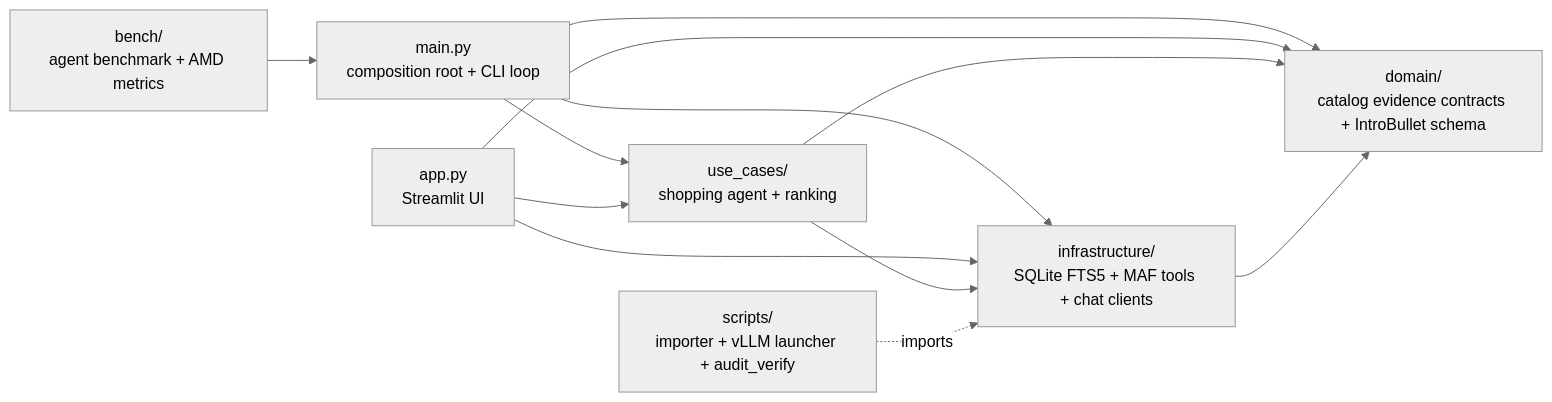
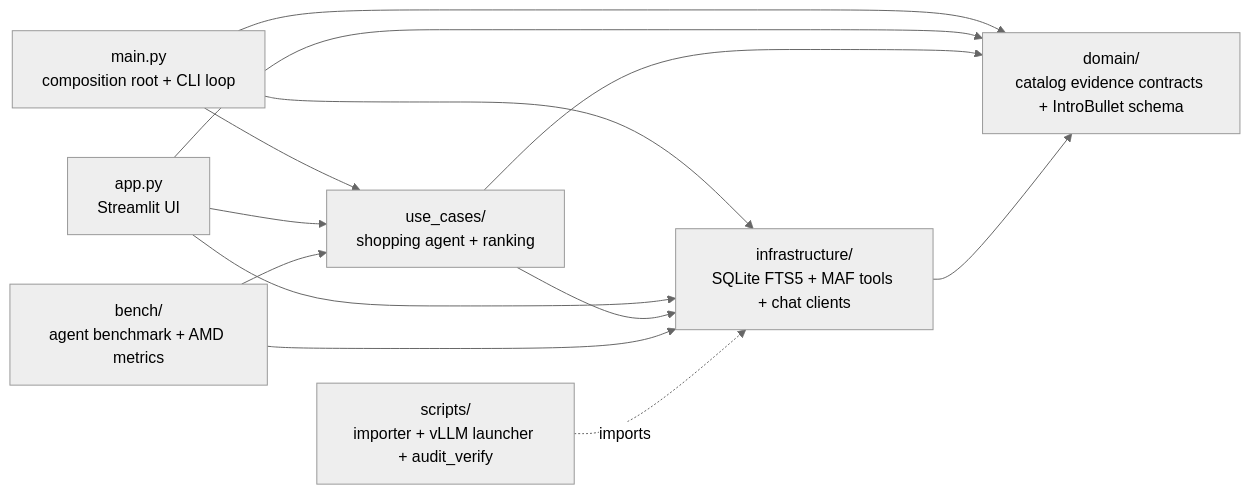
Before and after one commit to rajasingh012/retail-concierge: the first of 5 diagrams in architecture.md, drawn with Mermaid (neutral theme). The commit also changed other lines of this file and 13 other files, not shown here.

````diff
--- a/architecture.md
+++ b/architecture.md
@@ -5,22 +5,23 @@
 ```mermaid
 graph LR
   domain["domain/<br/>catalog evidence contracts + IntroBullet schema"]
   use_cases["use_cases/<br/>shopping agent + ranking"]
   infra["infrastructure/<br/>SQLite FTS5 + MAF tools + chat clients"]
   scripts["scripts/<br/>importer + vLLM launcher + audit_verify"]
   bench["bench/<br/>agent benchmark + AMD metrics"]
   main["main.py<br/>composition root + CLI loop"]
   app["app.py<br/>Streamlit UI"]
 
   main --> infra
   main --> use_cases
   main --> domain
   app --> infra
   app --> use_cases
   app --> domain
   use_cases --> infra
   use_cases --> domain
   infra --> domain
-  bench --> main
+  bench --> use_cases
+  bench --> infra
   scripts -.imports.-> infra
 ```
````
